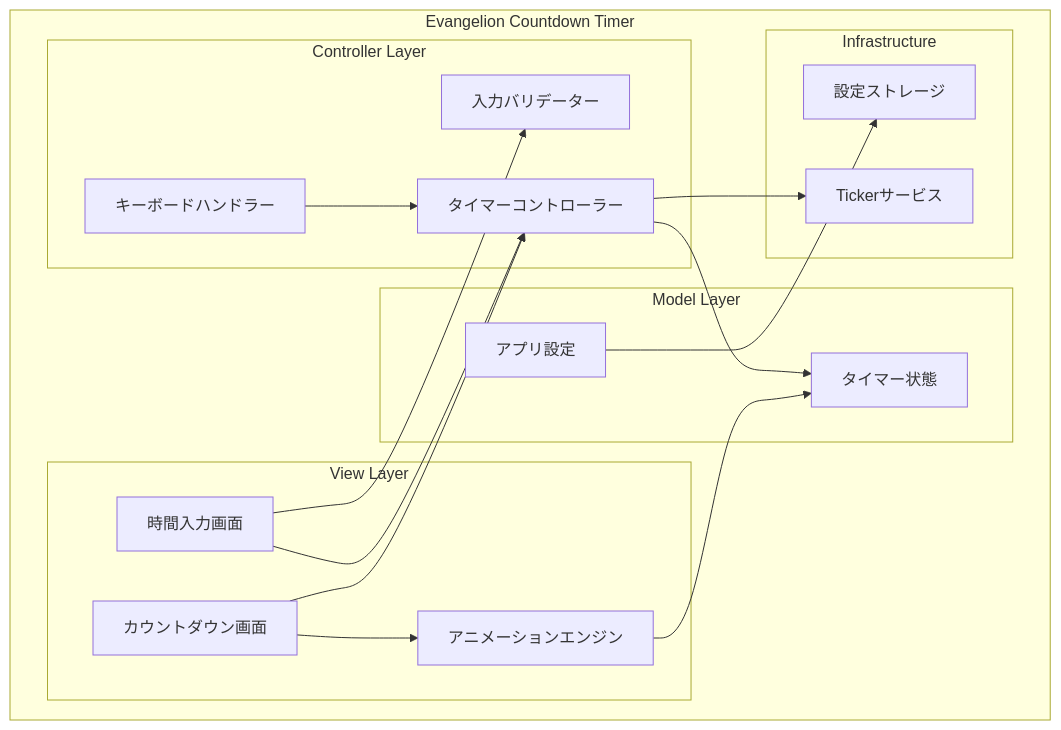
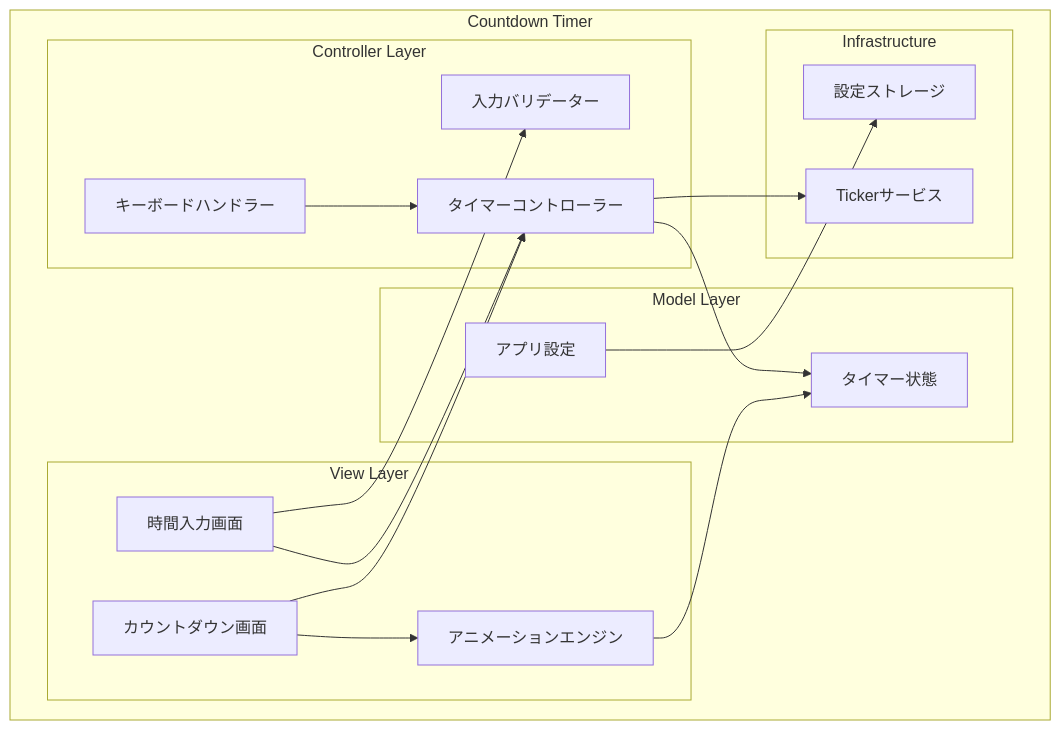
Before and after one commit to zurustar/pcdt: the first of 2 diagrams in .kiro/specs/evangelion-countdown-timer/design.md, drawn with Mermaid. The commit also changed other lines of this file and 2 other files, not shown here.

````diff
--- a/.kiro/specs/evangelion-countdown-timer/design.md
+++ b/.kiro/specs/evangelion-countdown-timer/design.md
@@ -25,40 +25,40 @@
 ```mermaid
 graph TB
-    subgraph "Evangelion Countdown Timer"
+    subgraph "Countdown Timer"
         subgraph "View Layer"
             InputView[時間入力画面]
             CountdownView[カウントダウン画面]
             AnimationEngine[アニメーションエンジン]
         end
         
         subgraph "Controller Layer"
             TimerController[タイマーコントローラー]
             InputValidator[入力バリデーター]
             KeyboardHandler[キーボードハンドラー]
         end
         
         subgraph "Model Layer"
             TimerState[タイマー状態]
             AppConfig[アプリ設定]
         end
         
         subgraph "Infrastructure"
             ConfigStorage[設定ストレージ]
             TickerService[Tickerサービス]
         end
     end
     
     InputView --> InputValidator
     InputView --> TimerController
     CountdownView --> TimerController
     CountdownView --> AnimationEngine
     
     TimerController --> TimerState
     TimerController --> TickerService
     
     KeyboardHandler --> TimerController
     
     AppConfig --> ConfigStorage
     
     AnimationEngine --> TimerState
 ```
````
